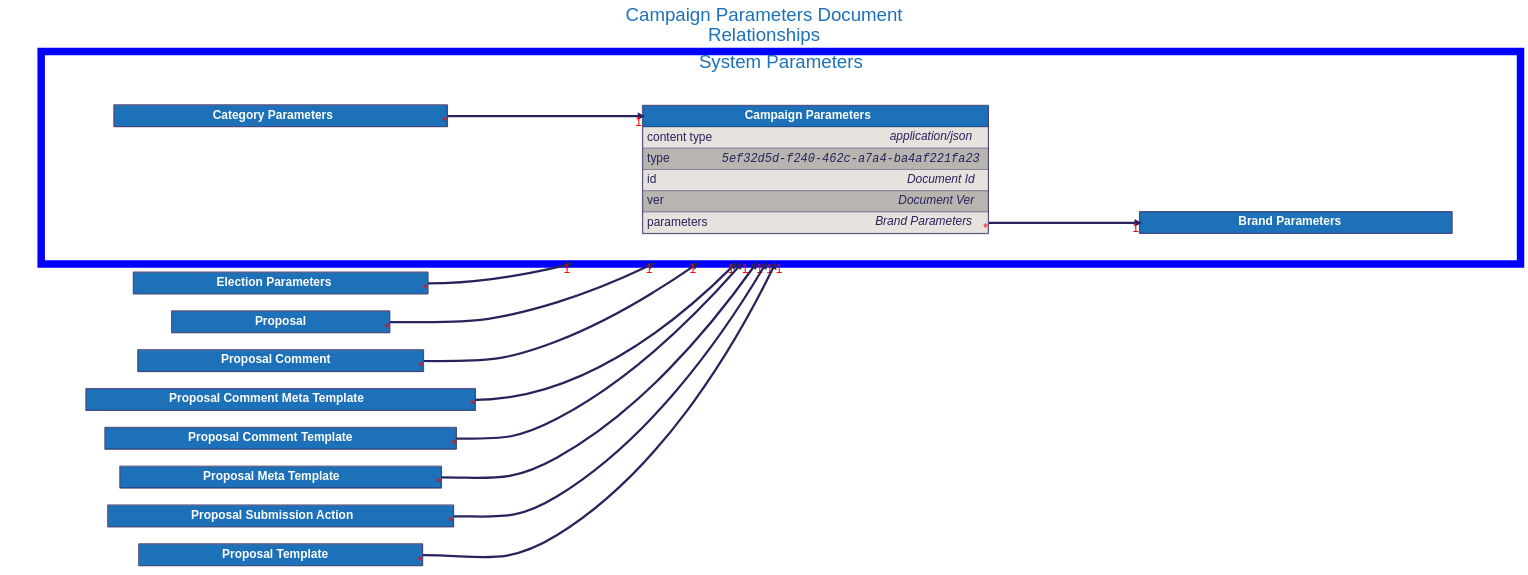
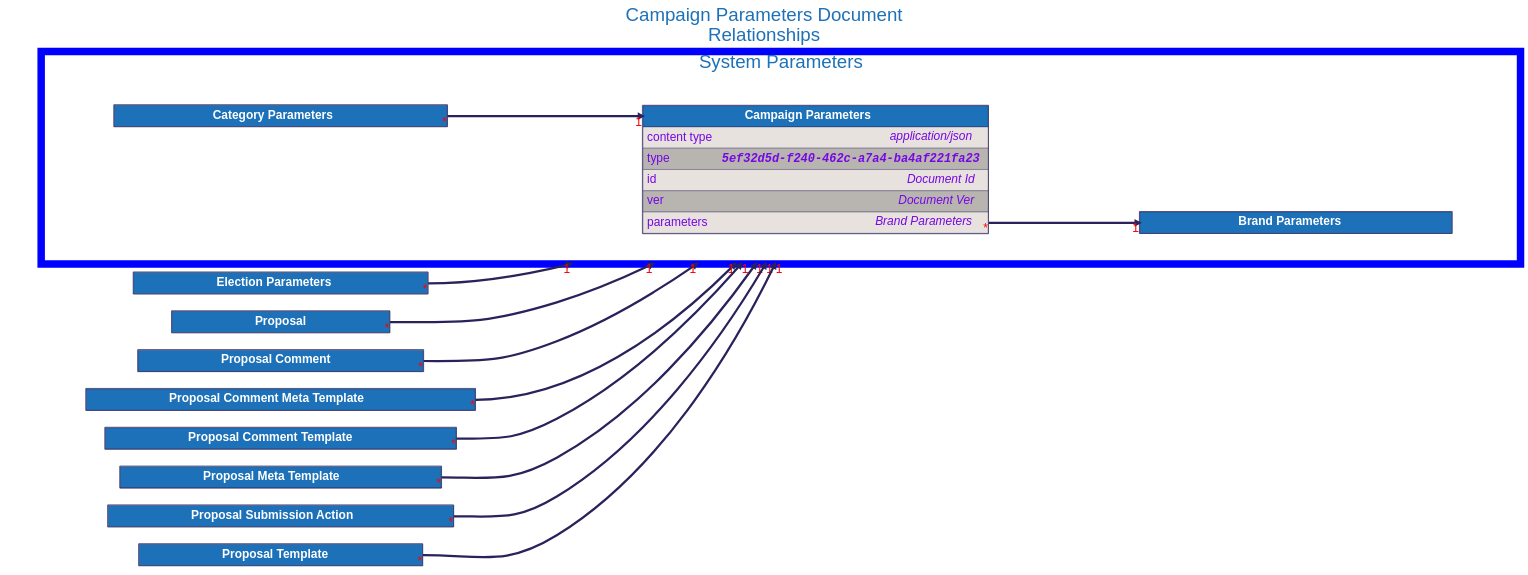
The diagram in docs/src/architecture/08_concepts/signed_doc/diagrams/campaign_parameters.dot (input-output-hk/catalyst-libs), drawn with Graphviz before and after one commit. The commit also changed 15 other files, not shown here.

```diff
--- a/docs/src/architecture/08_concepts/signed_doc/diagrams/campaign_parameters.dot
+++ b/docs/src/architecture/08_concepts/signed_doc/diagrams/campaign_parameters.dot
@@ -46,8 +46,8 @@
                     <TD ALIGN="LEFT" PORT="content type" BGCOLOR="#e7e2dd">
                         <TABLE CELLPADDING="0" CELLSPACING="0" BORDER="0">
                             <TR>
-                                <TD ALIGN="LEFT" VALIGN="TOP" WIDTH="200"><FONT>content type</FONT></TD>
-                                <TD ALIGN="RIGHT"><FONT><I>application/json</I></FONT></TD>
+                                <TD ALIGN="LEFT" VALIGN="TOP" WIDTH="200"><FONT COLOR="#7706E5">content type</FONT></TD>
+                                <TD ALIGN="RIGHT"><FONT COLOR="#7706E5"><I>application/json</I></FONT></TD>
                             </TR>
                         </TABLE>
                     </TD>
@@ -56,8 +56,8 @@
                     <TD ALIGN="LEFT" PORT="type" BGCOLOR="#b8b5b0">
                         <TABLE CELLPADDING="0" CELLSPACING="0" BORDER="0">
                             <TR>
-                                <TD ALIGN="LEFT" VALIGN="TOP" WIDTH="200"><FONT>type</FONT></TD>
-                                <TD ALIGN="RIGHT"><FONT FACE="Courier"><I>5ef32d5d-f240-462c-a7a4-ba4af221fa23</I></FONT></TD>
+                                <TD ALIGN="LEFT" VALIGN="TOP" WIDTH="200"><FONT COLOR="#7706E5">type</FONT></TD>
+                                <TD ALIGN="RIGHT"><FONT FACE="Courier" COLOR="#7706E5"><B><I>5ef32d5d-f240-462c-a7a4-ba4af221fa23</I></B></FONT></TD>
                             </TR>
                         </TABLE>
                     </TD>
@@ -66,8 +66,8 @@
                     <TD ALIGN="LEFT" PORT="id" BGCOLOR="#e7e2dd">
                         <TABLE CELLPADDING="0" CELLSPACING="0" BORDER="0">
                             <TR>
-                                <TD ALIGN="LEFT" VALIGN="TOP" WIDTH="200"><FONT>id</FONT></TD>
-                                <TD ALIGN="RIGHT"><FONT><I>Document Id</I></FONT></TD>
+                                <TD ALIGN="LEFT" VALIGN="TOP" WIDTH="200"><FONT COLOR="#7706E5">id</FONT></TD>
+                                <TD ALIGN="RIGHT"><FONT COLOR="#7706E5"><I>Document Id</I></FONT></TD>
                             </TR>
                         </TABLE>
                     </TD>
@@ -76,8 +76,8 @@
                     <TD ALIGN="LEFT" PORT="ver" BGCOLOR="#b8b5b0">
                         <TABLE CELLPADDING="0" CELLSPACING="0" BORDER="0">
                             <TR>
-                                <TD ALIGN="LEFT" VALIGN="TOP" WIDTH="200"><FONT>ver</FONT></TD>
-                                <TD ALIGN="RIGHT"><FONT><I>Document Ver</I></FONT></TD>
+                                <TD ALIGN="LEFT" VALIGN="TOP" WIDTH="200"><FONT COLOR="#7706E5">ver</FONT></TD>
+                                <TD ALIGN="RIGHT"><FONT COLOR="#7706E5"><I>Document Ver</I></FONT></TD>
                             </TR>
                         </TABLE>
                     </TD>
@@ -86,8 +86,8 @@
                     <TD ALIGN="LEFT" PORT="parameters" BGCOLOR="#e7e2dd">
                         <TABLE CELLPADDING="0" CELLSPACING="0" BORDER="0">
                             <TR>
-                                <TD ALIGN="LEFT" VALIGN="TOP" WIDTH="200"><FONT>parameters</FONT></TD>
-                                <TD ALIGN="RIGHT"><FONT><I>Brand Parameters</I></FONT></TD>
+                                <TD ALIGN="LEFT" VALIGN="TOP" WIDTH="200"><FONT COLOR="#7706E5">parameters</FONT></TD>
+                                <TD ALIGN="RIGHT"><FONT COLOR="#7706E5"><I>Brand Parameters</I></FONT></TD>
                             </TR>
                         </TABLE>
                     </TD>
```
